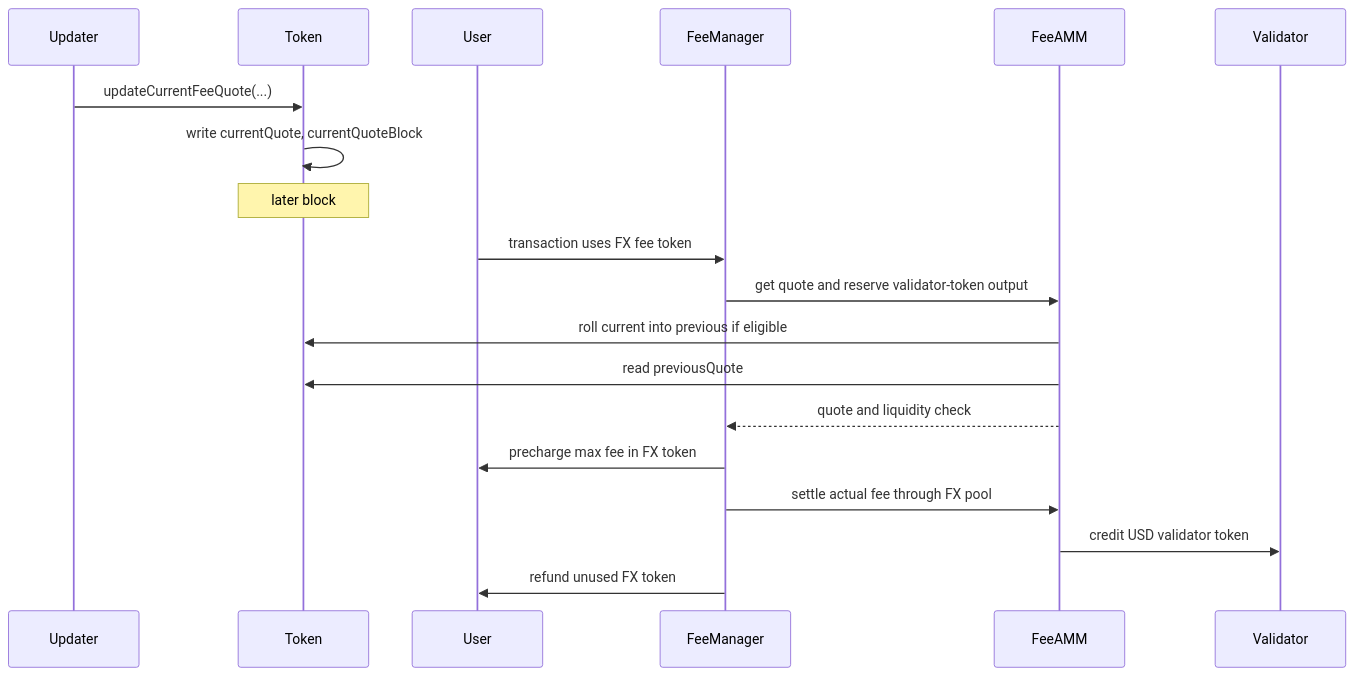
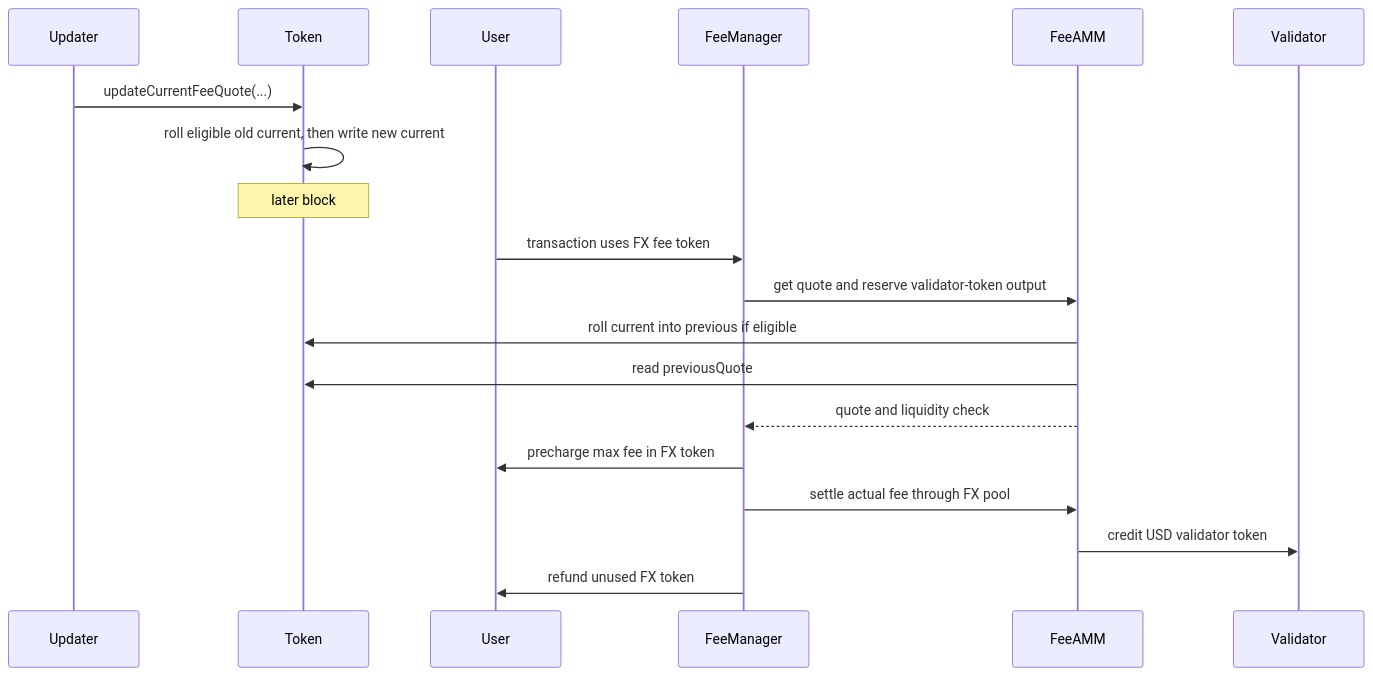
Before and after one commit to tempoxyz/tempo: the diagram in tips/tip-1054.md, drawn with Mermaid. The commit also changed other lines of this file, not shown here.

````diff
--- a/tips/tip-1054.md
+++ b/tips/tip-1054.md
@@ -43,22 +43,22 @@
 ```mermaid
 sequenceDiagram
     participant Updater
     participant Token
     participant User
     participant FeeManager
     participant FeeAMM
     participant Validator
 
     Updater->>Token: updateCurrentFeeQuote(...)
-    Token->>Token: write currentQuote, currentQuoteBlock
+    Token->>Token: roll eligible old current, then write new current
     Note over Token: later block
     User->>FeeManager: transaction uses FX fee token
     FeeManager->>FeeAMM: get quote and reserve validator-token output
     FeeAMM->>Token: roll current into previous if eligible
     FeeAMM->>Token: read previousQuote
     FeeAMM-->>FeeManager: quote and liquidity check
     FeeManager->>User: precharge max fee in FX token
     FeeManager->>FeeAMM: settle actual fee through FX pool
     FeeAMM->>Validator: credit USD validator token
     FeeManager->>User: refund unused FX token
 ```
````
